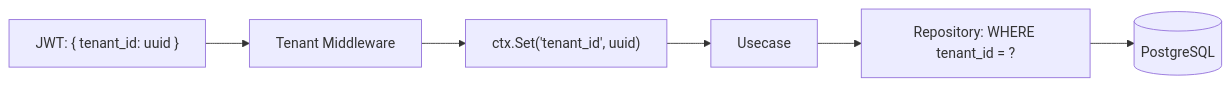
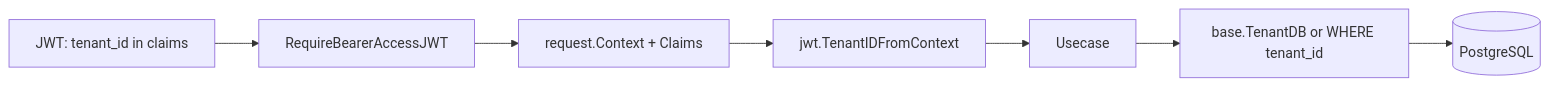
One commit to KingWahid/inventory-be changed the fourth of 10 diagrams in ARCHITECTURE.md. Above: the diagram before and after it, drawn with Mermaid. The commit also changed other lines of this file and 9 other files, not shown here.

First line of the commit message:
feat(jwt, error-handling): enhance tenant context management and permissions

````diff
--- a/ARCHITECTURE.md
+++ b/ARCHITECTURE.md
@@ -400,8 +400,9 @@
 ```mermaid
 flowchart LR
-  JWT["JWT: { tenant_id: uuid }"] --> Middleware[Tenant Middleware]
-  Middleware --> Context["ctx.Set('tenant_id', uuid)"]
-  Context --> Usecase
-  Usecase --> Repo["Repository: WHERE tenant_id = ?"]
+  JWT["JWT: tenant_id in claims"] --> Middleware["RequireBearerAccessJWT"]
+  Middleware --> ReqCtx["request.Context + Claims"]
+  ReqCtx --> TenantID["jwt.TenantIDFromContext"]
+  TenantID --> Usecase
+  Usecase --> Repo["base.TenantDB or WHERE tenant_id"]
   Repo --> DB[(PostgreSQL)]
 ```
````
